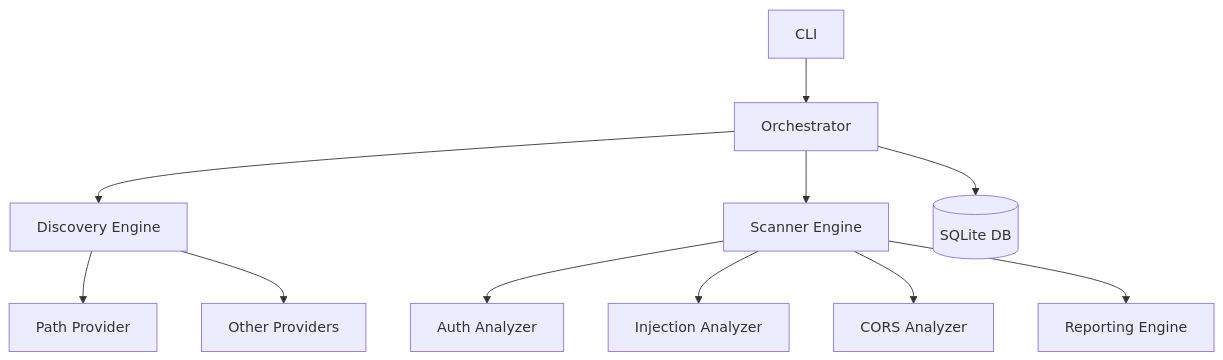
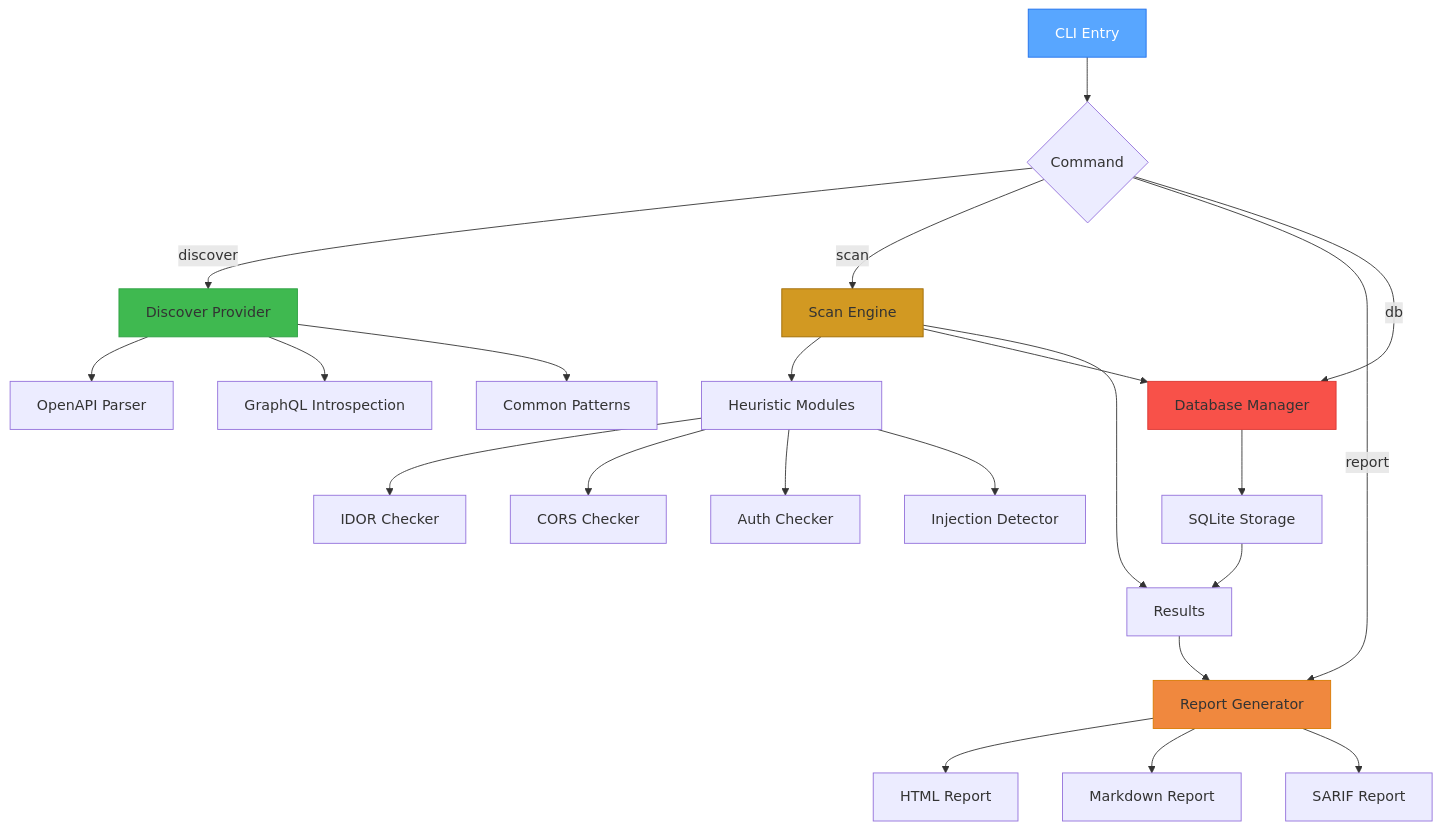
The diagram in README.md (bess1lie/apihunter), drawn with Mermaid before and after one commit. The commit also changed other lines of this file and 6 other files, not shown here.

````diff
--- a/README.md
+++ b/README.md
@@ -78,13 +102,34 @@
 ```mermaid
 graph TD
-    A[CLI] --> B[Orchestrator]
-    B --> C[Discovery Engine]
-    B --> D[Scanner Engine]
-    C --> C1[Path Provider]
-    C --> C2[Other Providers]
-    D --> D1[Auth Analyzer]
-    D --> D2[Injection Analyzer]
-    D --> D3[CORS Analyzer]
-    B --> E[(SQLite DB)]
-    D --> F[Reporting Engine]
+    A[CLI Entry] --> B{Command}
+    B -->|discover| C[Discover Provider]
+    B -->|scan| D[Scan Engine]
+    B -->|report| E[Report Generator]
+    B -->|db| F[Database Manager]
+    
+    C --> G[OpenAPI Parser]
+    C --> H[GraphQL Introspection]
+    C --> I[Common Patterns]
+    
+    D --> J[Heuristic Modules]
+    J --> K[IDOR Checker]
+    J --> L[CORS Checker]
+    J --> M[Auth Checker]
+    J --> N[Injection Detector]
+    
+    D --> F
+    D --> O[Results]
+    O --> E
+    E --> P[HTML Report]
+    E --> Q[Markdown Report]
+    E --> R[SARIF Report]
+    
+    F --> S[SQLite Storage]
+    S --> O
+    
+    style A fill:#58a6ff,stroke:#1f6feb,color:#fff
+    style C fill:#3fb950,stroke:#2ea043
+    style D fill:#d29922,stroke:#9e6a03
+    style E fill:#f0883e,stroke:#d97a00
+    style F fill:#f85149,stroke:#da3633
 ```
````
